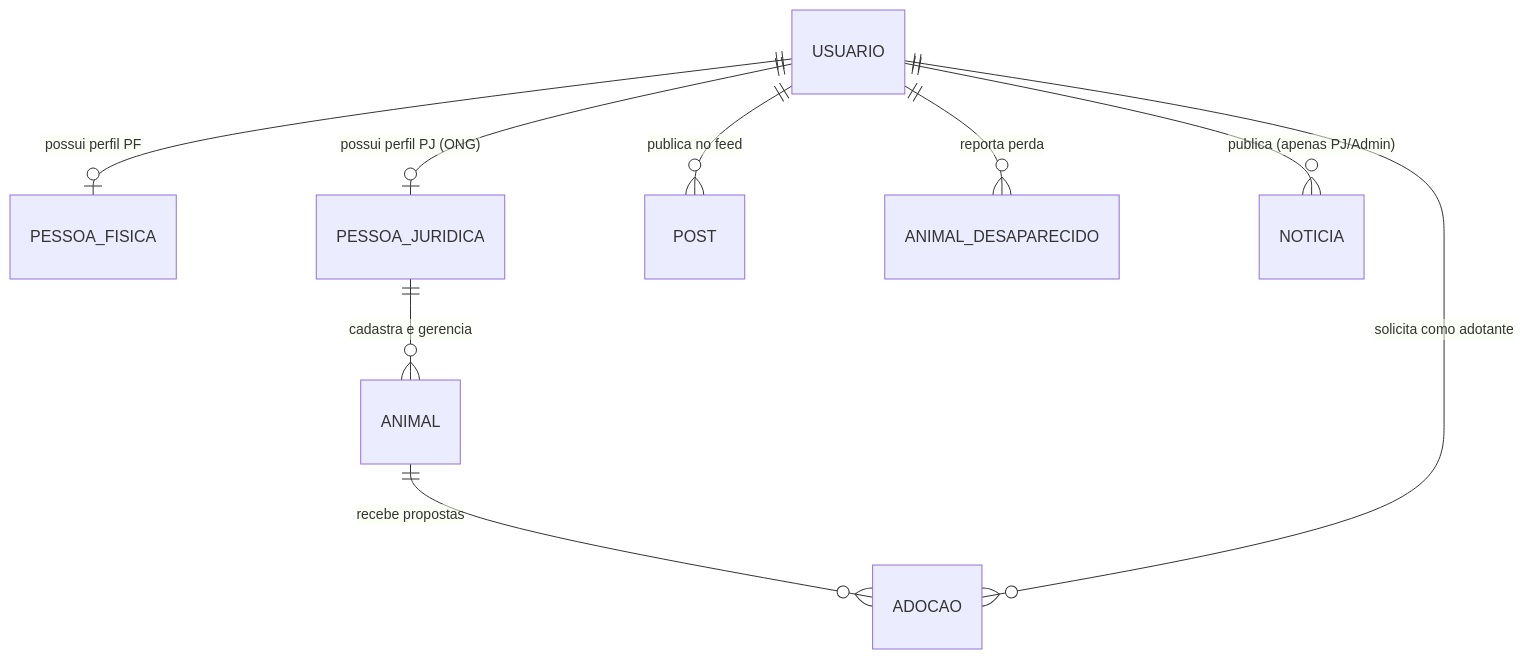
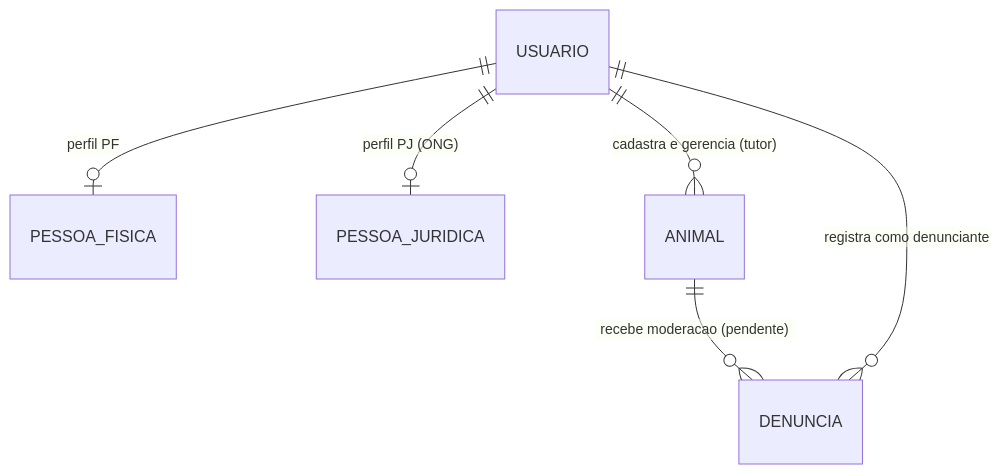
The second of 2 diagrams in vault/05 - Tarefas e Roadmap/06 - Guia de Alinhamento da Equipe e Novo Roadmap.md (CristianDiniz/Best_Buddy), drawn with Mermaid before and after one commit. The commit also changed other lines of this file and 6 other files, not shown here.

Commit message:
docs(vault): atualizar roadmap, auditar tarefas concluidas e reestruturar modulo 05

````diff
--- a/vault/05 - Tarefas e Roadmap/06 - Guia de Alinhamento da Equipe e Novo Roadmap.md
+++ b/vault/05 - Tarefas e Roadmap/06 - Guia de Alinhamento da Equipe e Novo Roadmap.md
@@ -69,11 +68,8 @@
 ```mermaid
 erDiagram
-    USUARIO ||--o| PESSOA_FISICA : "possui perfil PF"
-    USUARIO ||--o| PESSOA_JURIDICA : "possui perfil PJ (ONG)"
-    PESSOA_JURIDICA ||--o{ ANIMAL : "cadastra e gerencia"
-    ANIMAL ||--o{ ADOCAO : "recebe propostas"
-    USUARIO ||--o{ ADOCAO : "solicita como adotante"
-    USUARIO ||--o{ POST : "publica no feed"
-    USUARIO ||--o{ ANIMAL_DESAPARECIDO : "reporta perda"
-    USUARIO ||--o{ NOTICIA : "publica (apenas PJ/Admin)"
+    USUARIO ||--o| PESSOA_FISICA : "perfil PF"
+    USUARIO ||--o| PESSOA_JURIDICA : "perfil PJ (ONG)"
+    USUARIO ||--o{ ANIMAL : "cadastra e gerencia (tutor)"
+    ANIMAL ||--o{ DENUNCIA : "recebe moderacao (pendente)"
+    USUARIO ||--o{ DENUNCIA : "registra como denunciante"
 ```
````
